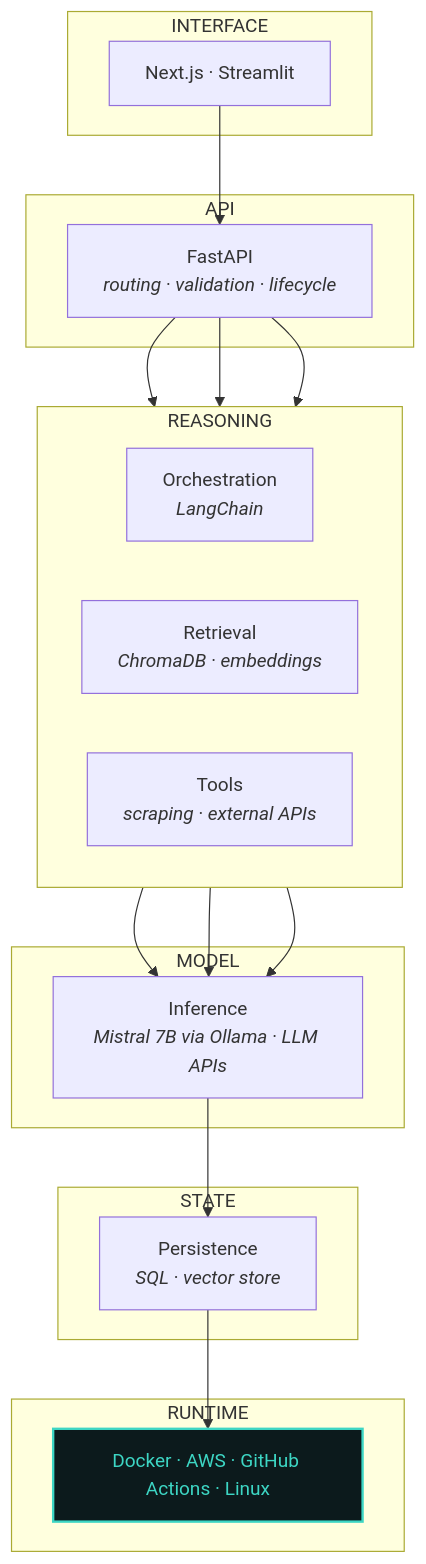
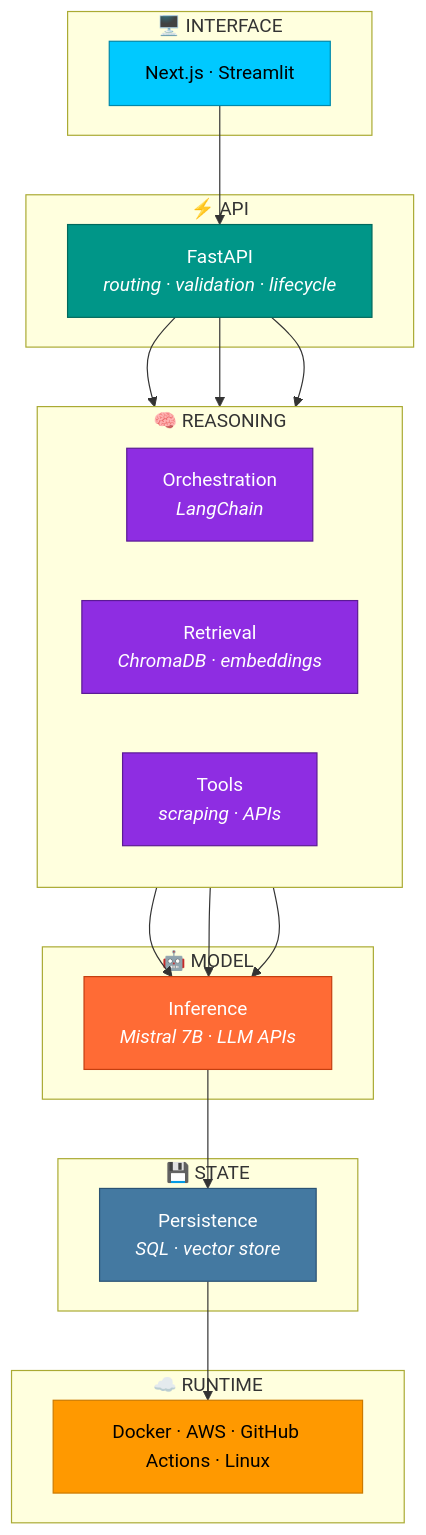
The second of 2 diagrams in README.md (buildwithnikhat/buildwithnikhat), drawn with Mermaid before and after one commit. The commit also changed other lines of this file, not shown here.

````diff
--- a/README.md
+++ b/README.md
@@ -159,41 +219,43 @@
 ```mermaid
 flowchart TB
-    subgraph L1 ["INTERFACE"]
+    subgraph L1 ["🖥️ INTERFACE"]
         UI["Next.js · Streamlit"]
     end
-
-    subgraph L2 ["API"]
+    subgraph L2 ["⚡ API"]
         API["FastAPI<br><i>routing · validation · lifecycle</i>"]
     end
-
-    subgraph L3 ["REASONING"]
+    subgraph L3 ["🧠 REASONING"]
         direction LR
         ORCH["Orchestration<br><i>LangChain</i>"]
         RET["Retrieval<br><i>ChromaDB · embeddings</i>"]
-        TOOL["Tools<br><i>scraping · external APIs</i>"]
+        TOOL["Tools<br><i>scraping · APIs</i>"]
     end
-
-    subgraph L4 ["MODEL"]
-        LLM["Inference<br><i>Mistral 7B via Ollama · LLM APIs</i>"]
+    subgraph L4 ["🤖 MODEL"]
+        LLM["Inference<br><i>Mistral 7B · LLM APIs</i>"]
     end
-
-    subgraph L5 ["STATE"]
+    subgraph L5 ["💾 STATE"]
         DB["Persistence<br><i>SQL · vector store</i>"]
     end
-
-    subgraph L6 ["RUNTIME"]
+    subgraph L6 ["☁️ RUNTIME"]
         RUN["Docker · AWS · GitHub Actions · Linux"]
     end
 
     UI --> API
     API --> ORCH
     API --> RET
     API --> TOOL
     ORCH --> LLM
     RET --> LLM
     TOOL --> LLM
     LLM --> DB
     DB --> RUN
 
-    style RUN fill:#0C1A1C,stroke:#3DD6C4,stroke-width:2px,color:#3DD6C4
+    style UI fill:#00C9FF,stroke:#0088AA,color:#000
+    style API fill:#009688,stroke:#00695C,color:#fff
+    style ORCH fill:#8E2DE2,stroke:#5B1A94,color:#fff
+    style RET fill:#8E2DE2,stroke:#5B1A94,color:#fff
+    style TOOL fill:#8E2DE2,stroke:#5B1A94,color:#fff
+    style LLM fill:#FF6B35,stroke:#C43E0F,color:#fff
+    style DB fill:#4479A1,stroke:#2A5273,color:#fff
+    style RUN fill:#FF9900,stroke:#CC7A00,color:#000
 ```
````
